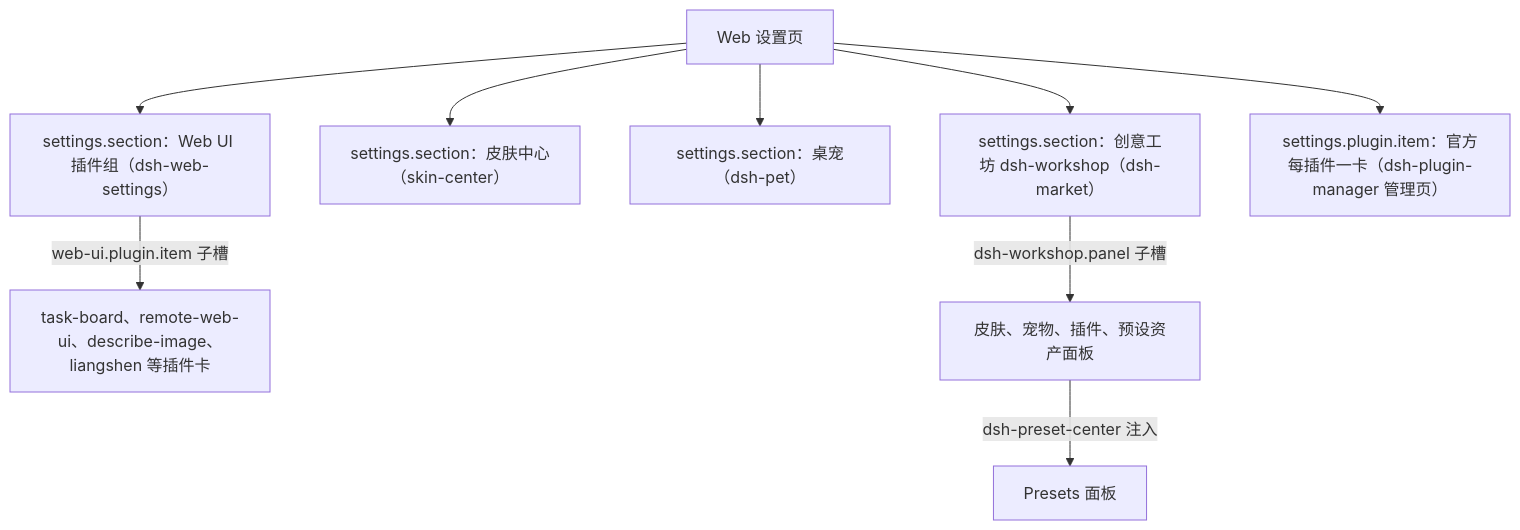
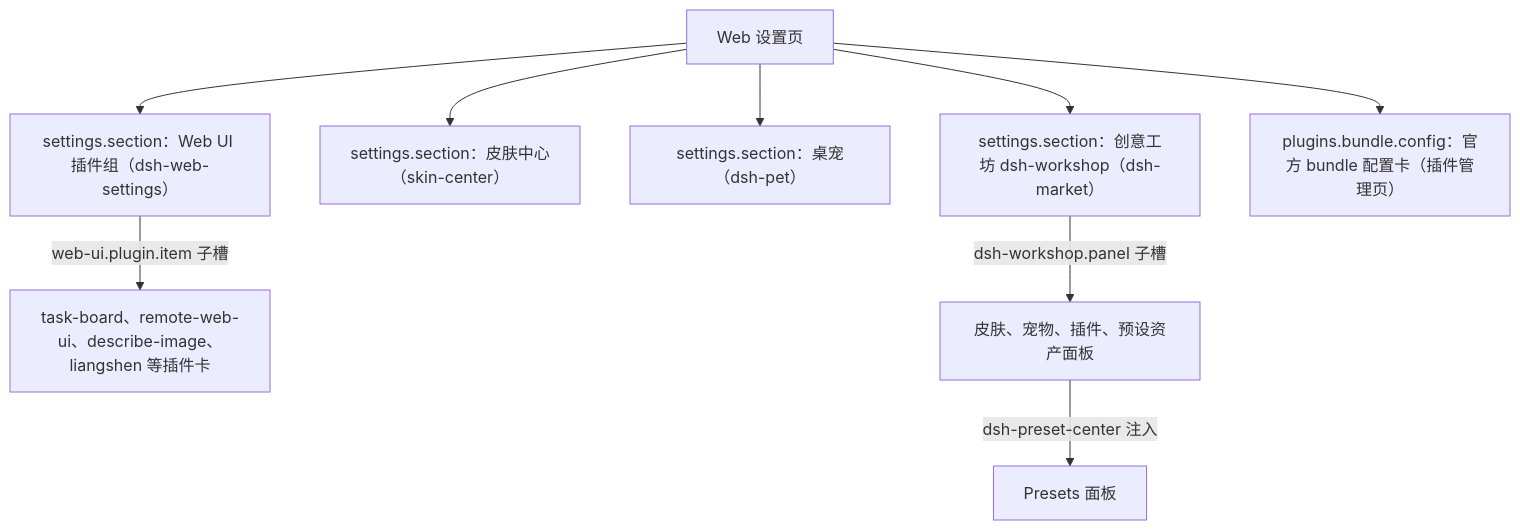
The fifth of 9 diagrams in docs/architecture.md (DDDMUC/dsh-web-ui), drawn with Mermaid before and after one commit. The commit also changed other lines of this file and 22 other files, not shown here.

First line of the commit message:
fix(settings): seat family cards in the alpha.2 bundle-configuration slot

````diff
--- a/docs/architecture.md
+++ b/docs/architecture.md
@@ -91,11 +91,11 @@
 ```mermaid
 flowchart TB
     S["Web 设置页"] --> G["settings.section：Web UI 插件组（dsh-web-settings）"]
     G -- "web-ui.plugin.item 子槽" --> C["task-board、remote-web-ui、describe-image、liangshen 等插件卡"]
     S --> K["settings.section：皮肤中心（skin-center）"]
     S --> P["settings.section：桌宠（dsh-pet）"]
     S --> W["settings.section：创意工坊 dsh-workshop（dsh-market）"]
     W -- "dsh-workshop.panel 子槽" --> F["皮肤、宠物、插件、预设资产面板"]
     F -- "dsh-preset-center 注入" --> F1["Presets 面板"]
-    S --> O["settings.plugin.item：官方每插件一卡（dsh-plugin-manager 管理页）"]
+    S --> O["plugins.bundle.config：官方 bundle 配置卡（插件管理页）"]
 ```
````
